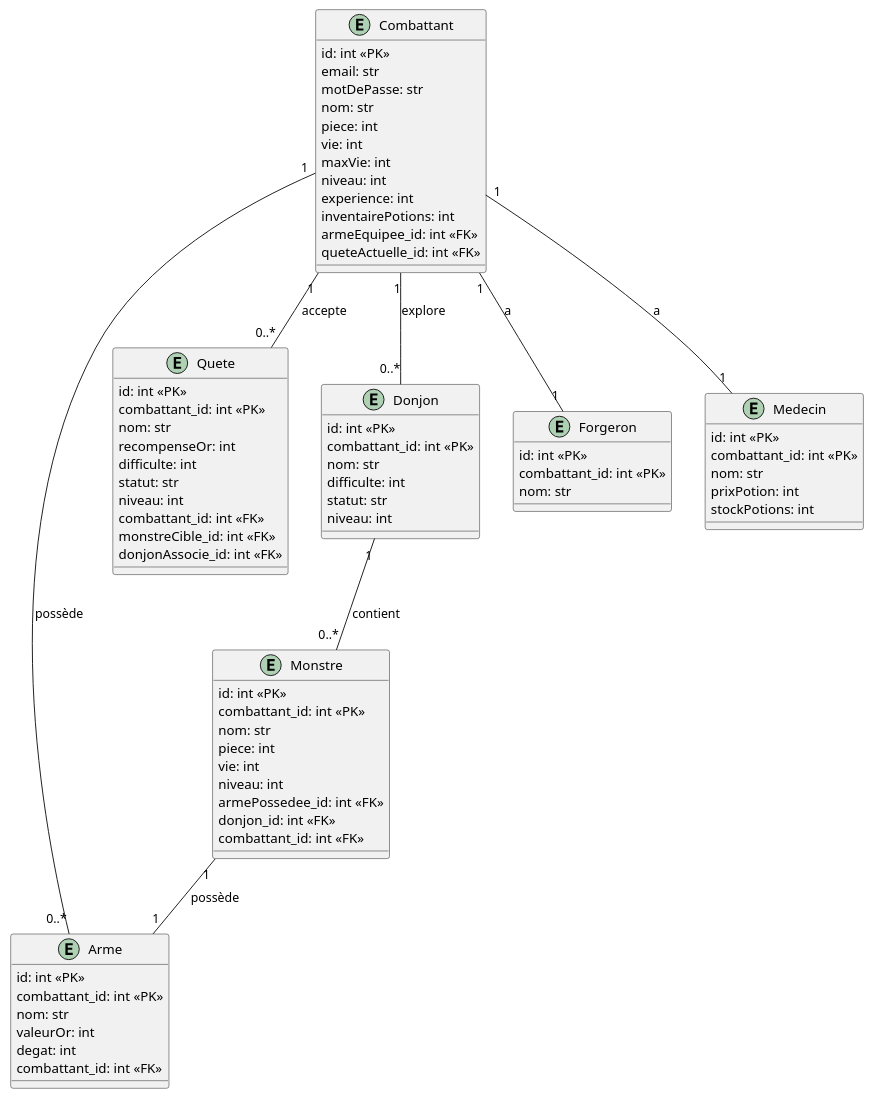
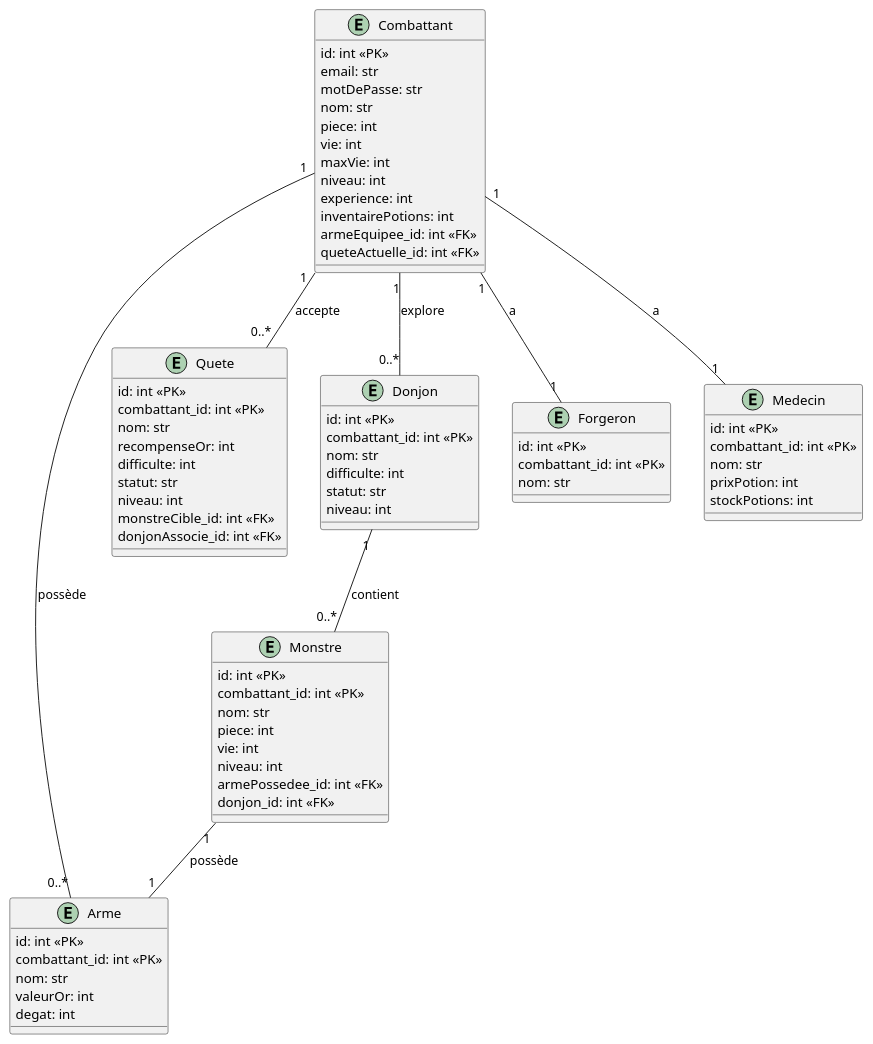
One commit to ThomasSanna/projet-POO-L3STI changed the diagram in PythQuest/infoPROJET/MCD.plantuml. Above: the diagram before and after it, drawn with PlantUML.

Commit message:
Suppression des références aux identifiants de combattant dans les entités Arme, Quete et Monstre dans le diagramme UML.

```diff
--- a/PythQuest/infoPROJET/MCD.plantuml
+++ b/PythQuest/infoPROJET/MCD.plantuml
@@ -1,81 +1,78 @@
 @startuml
 entity Combattant {
     id: int <<PK>>
     email: str
     motDePasse: str
     nom: str
     piece: int
     vie: int
     maxVie: int
     niveau: int
     experience: int
     inventairePotions: int
     armeEquipee_id: int <<FK>>
     queteActuelle_id: int <<FK>>
 }
 
 entity Arme {
     id: int <<PK>>
     combattant_id: int <<PK>>
     nom: str
     valeurOr: int
     degat: int
-    combattant_id: int <<FK>>
 }
 
 entity Quete {
     id: int <<PK>>
     combattant_id: int <<PK>>
     nom: str
     recompenseOr: int
     difficulte: int
     statut: str
     niveau: int
-    combattant_id: int <<FK>>
     monstreCible_id: int <<FK>>
     donjonAssocie_id: int <<FK>>
 }
 
 entity Donjon {
     id: int <<PK>>
     combattant_id: int <<PK>>
     nom: str
     difficulte: int
     statut: str
     niveau: int
 }
 
 entity Monstre {
     id: int <<PK>>
     combattant_id: int <<PK>>
     nom: str
     piece: int
     vie: int
     niveau: int
     armePossedee_id: int <<FK>>
     donjon_id: int <<FK>>
-    combattant_id: int <<FK>>
 }
 
 entity Forgeron {
     id: int <<PK>>
     combattant_id: int <<PK>>
     nom: str
 }
 
 entity Medecin {
     id: int <<PK>>
     combattant_id: int <<PK>>
     nom: str
     prixPotion: int
     stockPotions: int
 }
 
 Combattant "1" -- "0..*" Arme : possède
 Combattant "1" -- "0..*" Quete : accepte
 Combattant "1" -- "0..*" Donjon : explore
 Donjon "1" -- "0..*" Monstre : contient
 Monstre "1" -- "1" Arme : possède
 Combattant "1" -- "1" Forgeron : a
 Combattant "1" -- "1" Medecin : a
 @enduml
```
